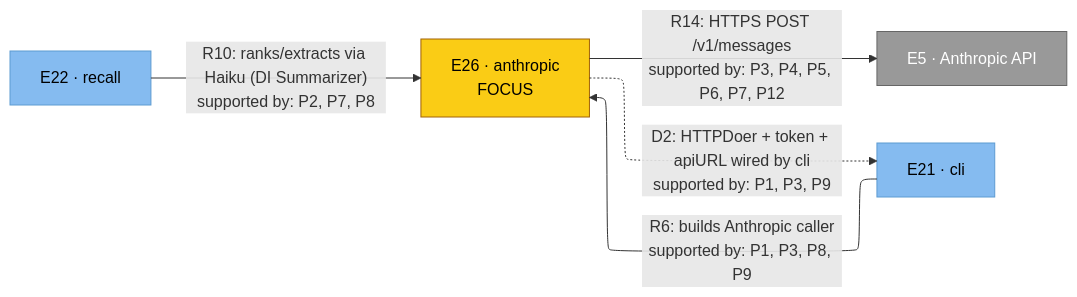
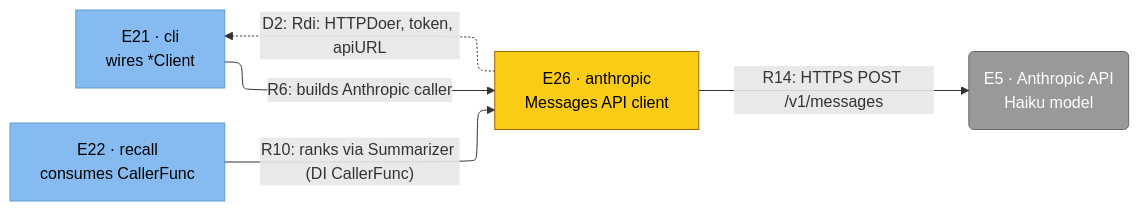
Before and after one commit to toejough/engram: the diagram in architecture/c4/svg/c4-anthropic.mmd, drawn with Mermaid. The commit also changed 78 other files, not shown here.

```diff
--- a/architecture/c4/svg/c4-anthropic.mmd
+++ b/architecture/c4/svg/c4-anthropic.mmd
@@ -1,21 +1,21 @@
 %%{init: {'flowchart': {'defaultRenderer': 'elk'}}}%%
 flowchart LR
     classDef person      fill:#08427b,stroke:#052e56,color:#fff
     classDef external    fill:#999,   stroke:#666,   color:#fff
     classDef container   fill:#1168bd,stroke:#0b4884,color:#fff
     classDef component   fill:#85bbf0,stroke:#5d9bd1,color:#000
     classDef focus       fill:#facc15,stroke:#a16207,color:#000
 
-    e5[E5 · Anthropic API]
-    e21[E21 · cli]
-    e22[E22 · recall]
-    e26[E26 · anthropic<br/>FOCUS]
+    e26["E26 · anthropic<br/>Messages API client"]
+    e21["E21 · cli<br/>wires *Client"]
+    e22["E22 · recall<br/>consumes CallerFunc"]
+    e5("E5 · Anthropic API<br/>Haiku model")
 
-    e21 -->|"R6: builds Anthropic caller<br/>supported by: P1, P3, P8, P9"| e26
-    e22 -->|"R10: ranks/extracts via Haiku (DI Summarizer)<br/>supported by: P2, P7, P8"| e26
-    e26 -->|"R14: HTTPS POST /v1/messages<br/>supported by: P3, P4, P5, P6, P7, P12"| e5
-    e26 -.->|"D2: HTTPDoer + token + apiURL wired by cli<br/>supported by: P1, P3, P9"| e21
+    e21 -->|"R6: builds Anthropic caller"| e26
+    e22 -->|"R10: ranks via Summarizer (DI CallerFunc)"| e26
+    e26 -->|"R14: HTTPS POST /v1/messages"| e5
+    e26 -.->|"D2: Rdi: HTTPDoer, token, apiURL"| e21
 
+    class e5 external
+    class e21,e22 component
     class e26 focus
-    class e21,e22 component
-    class e5 external
```
